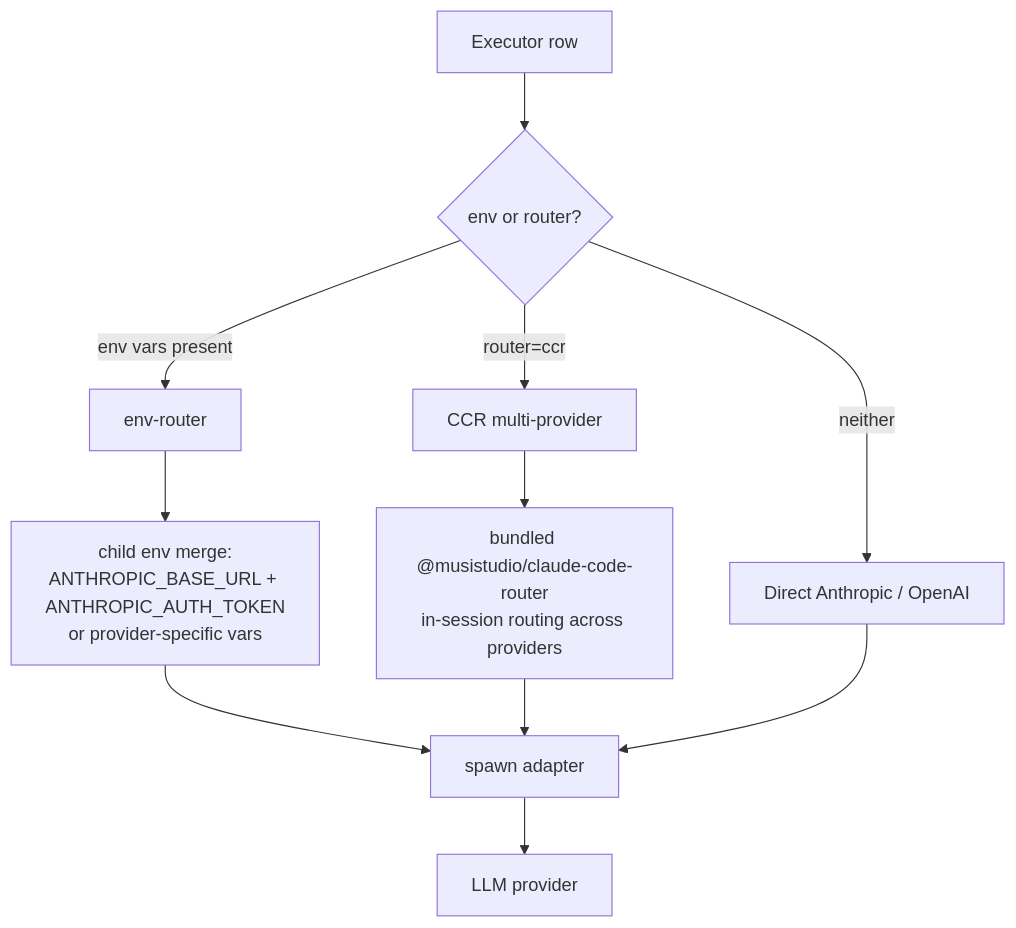
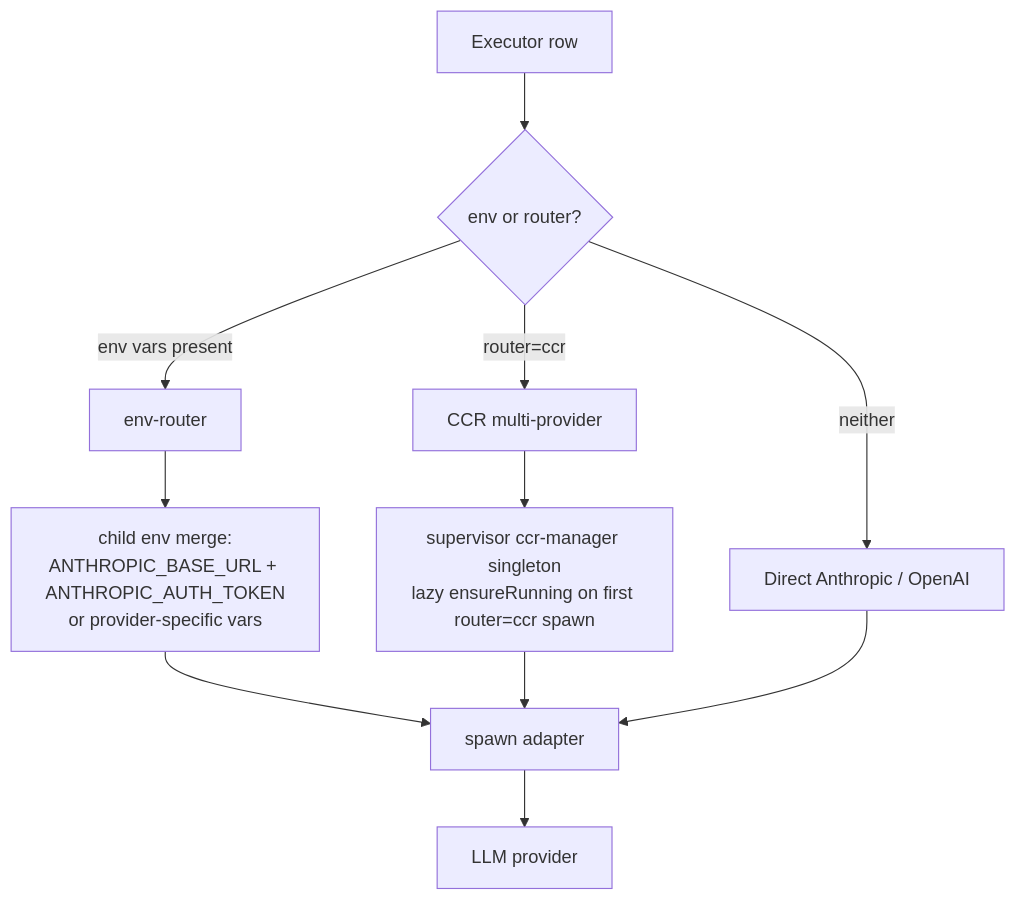
The second of 5 diagrams in docs/system-analytics/executors.md (maister-dev/maister), drawn with Mermaid before and after one commit. The commit also changed other lines of this file and 5 other files, not shown here.

````diff
--- a/docs/system-analytics/executors.md
+++ b/docs/system-analytics/executors.md
@@ -38,18 +38,18 @@
 ```mermaid
 flowchart TD
     Exec[Executor row] --> Mode{env or router?}
 
     Mode -- env vars present --> EnvRouter[env-router]
     Mode -- router=ccr --> Ccr[CCR multi-provider]
     Mode -- neither --> Default[Direct Anthropic / OpenAI]
 
     EnvRouter --> SetEnv[child env merge:<br/>ANTHROPIC_BASE_URL + ANTHROPIC_AUTH_TOKEN<br/>or provider-specific vars]
     SetEnv --> Spawn[spawn adapter]
 
-    Ccr --> CcrBin[bundled @musistudio/claude-code-router<br/>in-session routing across providers]
-    CcrBin --> Spawn
+    Ccr --> CcrMgr[supervisor ccr-manager singleton<br/>lazy ensureRunning on first router=ccr spawn]
+    CcrMgr --> Spawn
 
     Default --> Spawn
 
     Spawn --> LLM[LLM provider]
 ```
````
